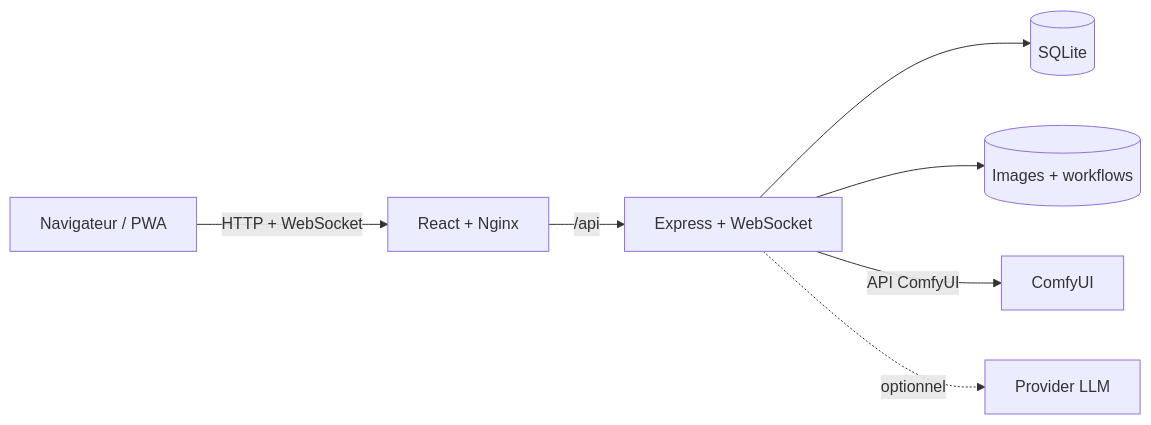
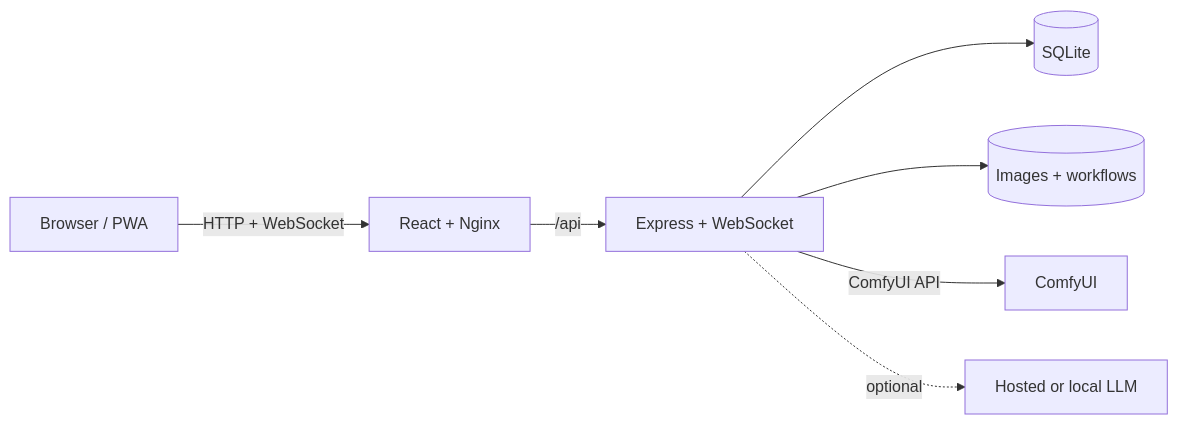
The diagram in README.md (leguigou/ComfyForge), drawn with Mermaid before and after one commit. The commit also changed other lines of this file and 53 other files, not shown here.

````diff
--- a/README.md
+++ b/README.md
@@ -209,9 +251,9 @@
 ```mermaid
 flowchart LR
-    Browser[Navigateur / PWA] -->|HTTP + WebSocket| Frontend[React + Nginx]
+    Browser[Browser / PWA] -->|HTTP + WebSocket| Frontend[React + Nginx]
     Frontend -->|/api| Backend[Express + WebSocket]
     Backend --> Database[(SQLite)]
     Backend --> Storage[(Images + workflows)]
-    Backend -->|API ComfyUI| ComfyUI[ComfyUI]
-    Backend -. optionnel .-> LLM[Provider LLM]
+    Backend -->|ComfyUI API| ComfyUI[ComfyUI]
+    Backend -. optional .-> LLM[Hosted or local LLM]
 ```
````
